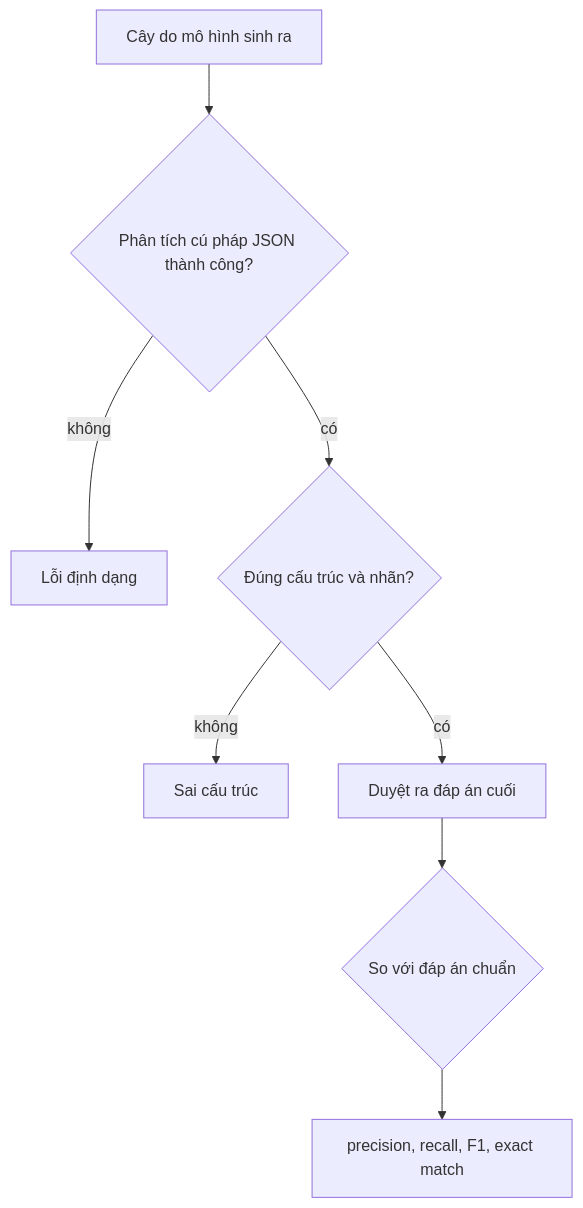
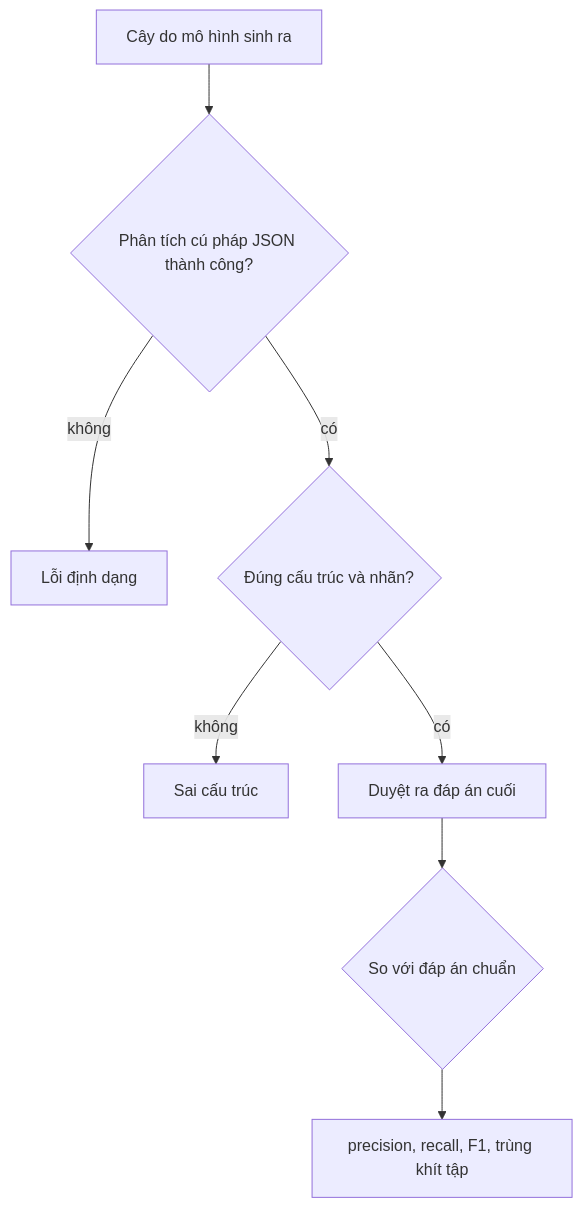
Before and after one commit to vpthinh19/ontology-chatbot: the seventh of 9 diagrams in docs/CONCEPT.md, drawn with Mermaid. The commit also changed other lines of this file and 2 other files, not shown here.

````diff
--- a/docs/CONCEPT.md
+++ b/docs/CONCEPT.md
@@ -423,10 +466,10 @@
 ```mermaid
 flowchart TD
     O["Cây do mô hình sinh ra"] --> P1{"Phân tích cú pháp JSON thành công?"}
     P1 -- không --> X1["Lỗi định dạng"]
     P1 -- có --> P2{"Đúng cấu trúc và nhãn?"}
     P2 -- không --> X2["Sai cấu trúc"]
     P2 -- có --> P3["Duyệt ra đáp án cuối"]
     P3 --> P4{"So với đáp án chuẩn"}
-    P4 --> M["precision, recall, F1, exact match"]
+    P4 --> M["precision, recall, F1, trùng khít tập"]
 ```
````
